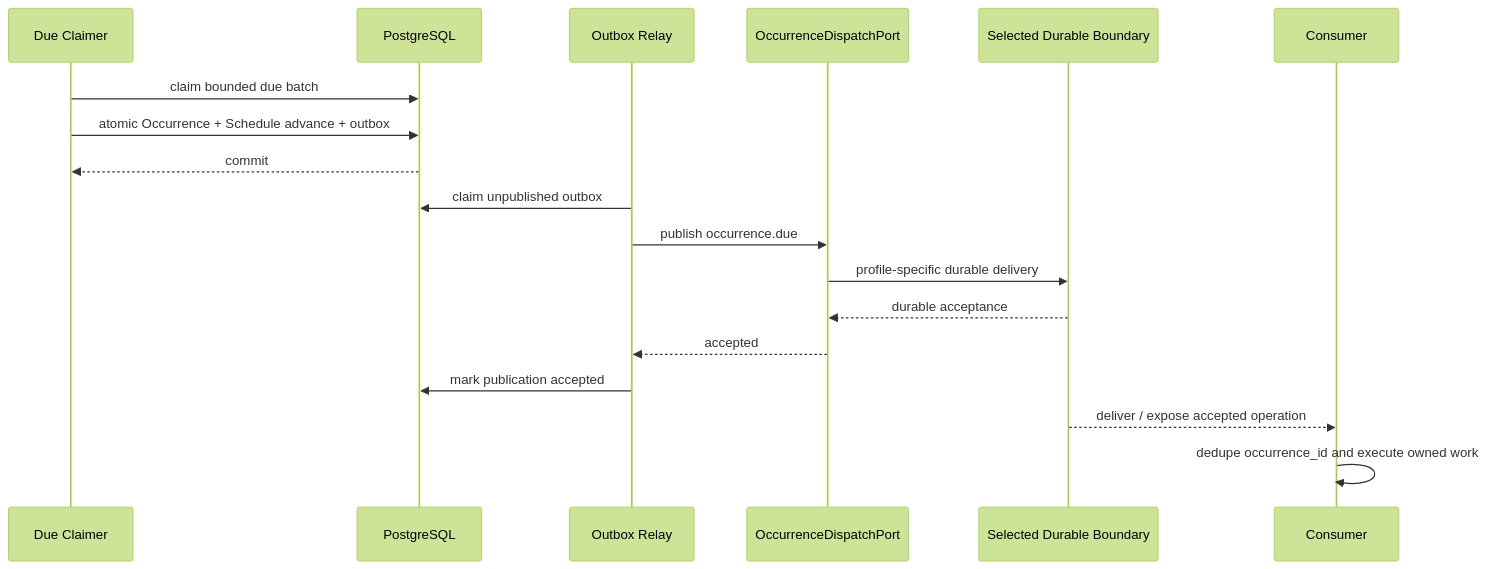
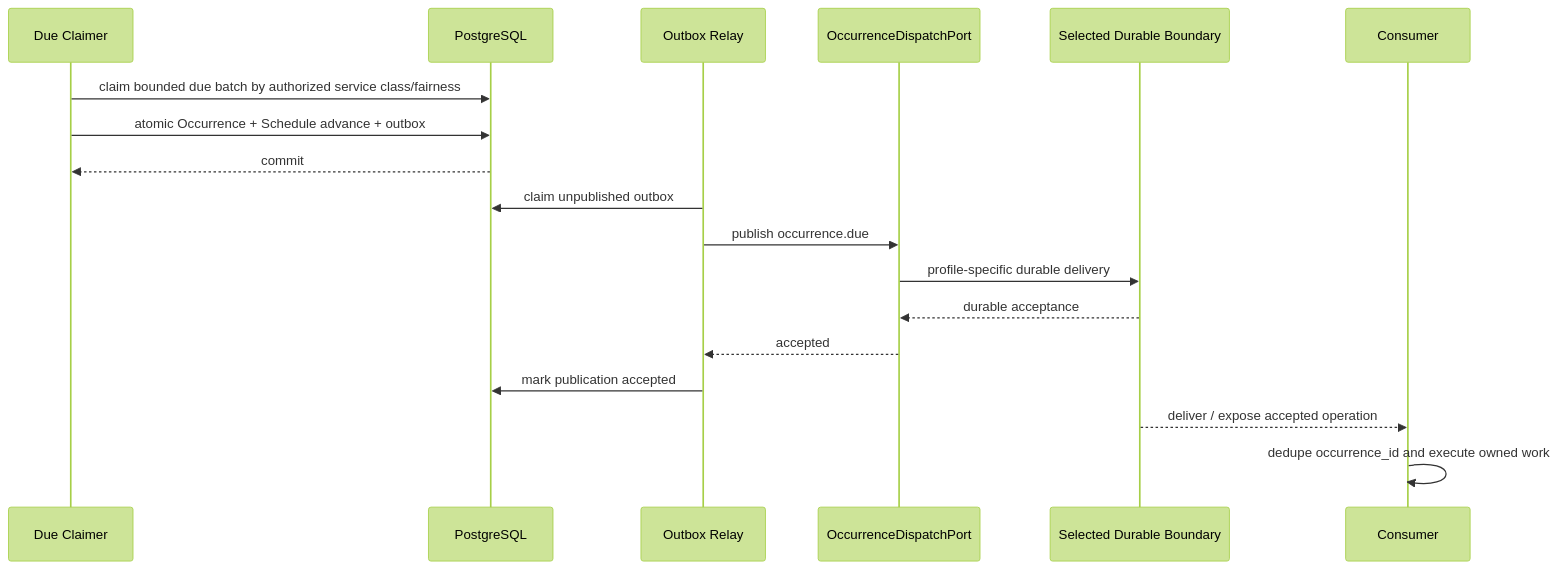
One commit to anshacerbia2/scnehaux-architecture changed the fourth of 11 diagrams in 04-system/scnehaux-scheduling-platform/scnehaux-scheduling-runtime.sad.md. Above: the diagram before and after it, drawn with Mermaid (forest theme). The commit also changed other lines of this file, not shown here.

Commit message:
feat(scheduling): harden runtime target versioning fairness and failure semantics

````diff
--- a/04-system/scnehaux-scheduling-platform/scnehaux-scheduling-runtime.sad.md
+++ b/04-system/scnehaux-scheduling-platform/scnehaux-scheduling-runtime.sad.md
@@ -262,21 +277,21 @@
 ```mermaid
 sequenceDiagram
     participant W as Due Claimer
     participant D as PostgreSQL
     participant R as Outbox Relay
     participant P as OccurrenceDispatchPort
     participant X as Selected Durable Boundary
     participant C as Consumer
 
-    W->>D: claim bounded due batch
+    W->>D: claim bounded due batch by authorized service class/fairness
     W->>D: atomic Occurrence + Schedule advance + outbox
     D-->>W: commit
     R->>D: claim unpublished outbox
     R->>P: publish occurrence.due
     P->>X: profile-specific durable delivery
     X-->>P: durable acceptance
     P-->>R: accepted
     R->>D: mark publication accepted
     X-->>C: deliver / expose accepted operation
     C->>C: dedupe occurrence_id and execute owned work
 ```
````
